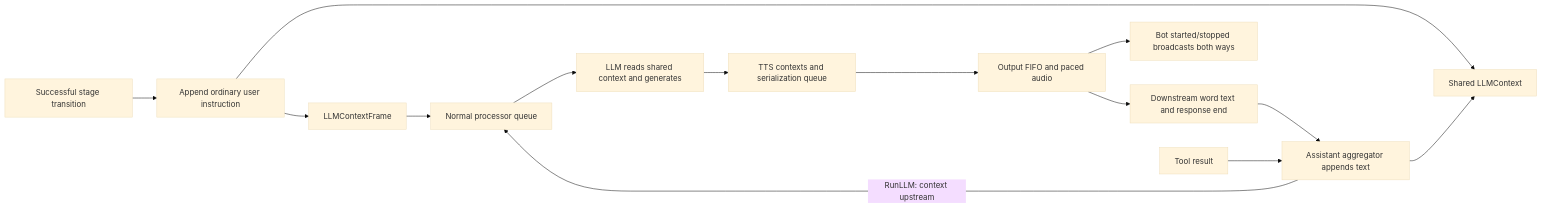
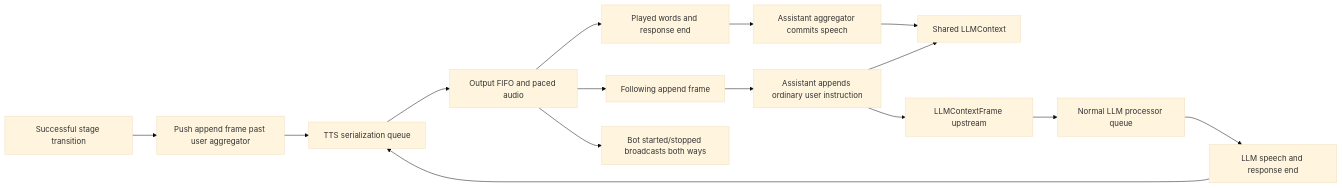
One commit to Trinary-Projects/vago changed the diagram in reports/tec-5252-pipecat-state-alignment.md. Above: the diagram before and after it, drawn with Mermaid (base theme). The commit also changed other lines of this file and 5 other files, not shown here.

Commit message:
fix: route stage continuation through speech output

````diff
--- a/reports/tec-5252-pipecat-state-alignment.md
+++ b/reports/tec-5252-pipecat-state-alignment.md
@@ -43,16 +43,17 @@
 ```mermaid
 flowchart LR
-    S[Successful stage transition] --> A[Append ordinary user instruction]
-    A --> C[Shared LLMContext]
-    A --> F[LLMContextFrame]
-    F --> Q[Normal processor queue]
-    Q --> L[LLM reads shared context and generates]
-    L --> T[TTS contexts and serialization queue]
+    S[Successful stage transition] --> A[Push append frame past user aggregator]
+    A --> T[TTS serialization queue]
+    L[LLM speech and response end] --> T
     T --> O[Output FIFO and paced audio]
-    O --> W[Downstream word text and response end]
-    W --> H[Assistant aggregator appends text]
-    H --> C
+    O --> W[Played words and response end]
+    W --> H[Assistant aggregator commits speech]
+    O --> D[Following append frame]
+    D --> I[Assistant appends ordinary user instruction]
+    H --> C[Shared LLMContext]
+    I --> C
+    I --> F[LLMContextFrame upstream]
+    F --> Q[Normal LLM processor queue]
+    Q --> L
     O --> B[Bot started/stopped broadcasts both ways]
-    R[Tool result] --> H
-    H -->|RunLLM: context upstream| Q
 ```
````
